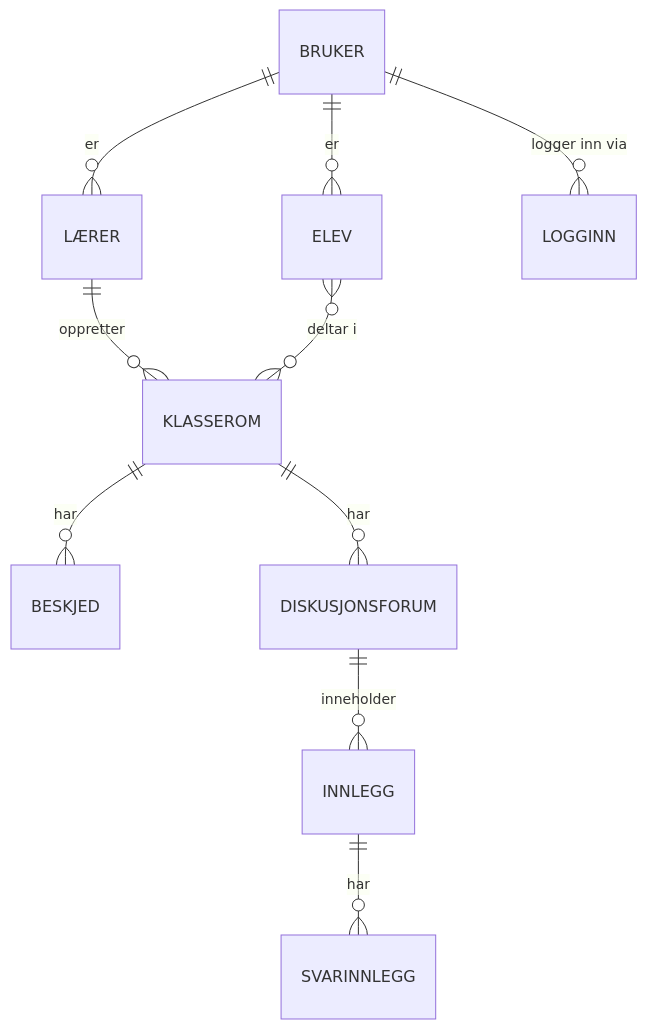
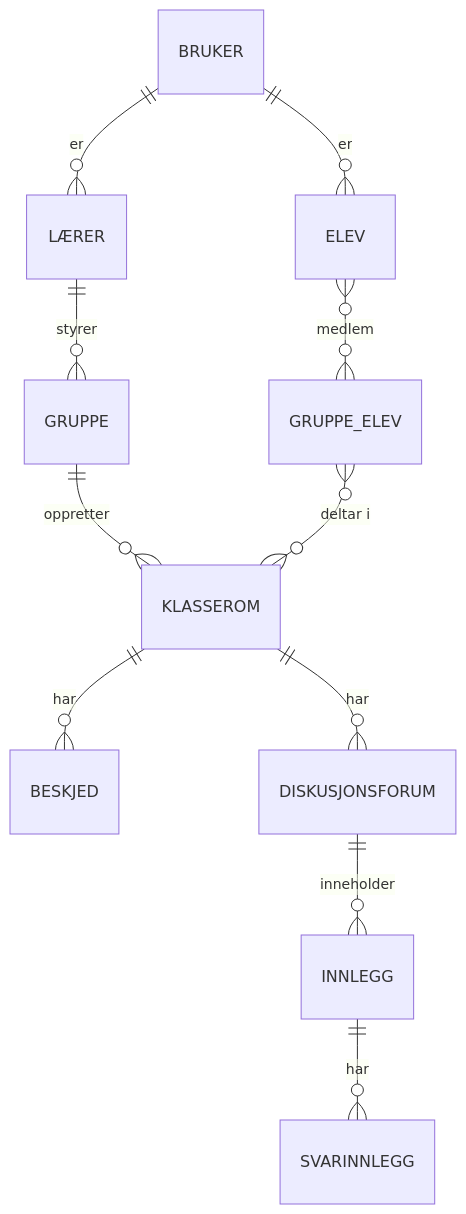
Before and after one commit to programmerBredC/data1500-oving-04: the first of 2 diagrams in OPPGAVE.md, drawn with Mermaid.

````diff
--- a/OPPGAVE.md
+++ b/OPPGAVE.md
@@ -30,12 +30,13 @@
 ```mermaid
 erDiagram
     BRUKER ||--o{ LÆRER : er
     BRUKER ||--o{ ELEV : er
-    BRUKER ||--o{ LOGGINN : "logger inn via"
-    LÆRER ||--o{ KLASSEROM : "oppretter"
-    ELEV }o--o{ KLASSEROM : "deltar i"
+    ELEV }o--o{ GRUPPE_ELEV : medlem
+    LÆRER ||--O{ GRUPPE : styrer
+    GRUPPE ||--o{ KLASSEROM : "oppretter"
+    GRUPPE_ELEV }o--o{ KLASSEROM : "deltar i"
     KLASSEROM ||--o{ BESKJED : "har"
     KLASSEROM ||--o{ DISKUSJONSFORUM : "har"
     DISKUSJONSFORUM ||--o{ INNLEGG : "inneholder"
     INNLEGG ||--o{ SVARINNLEGG : "har"
 ``` 
````
